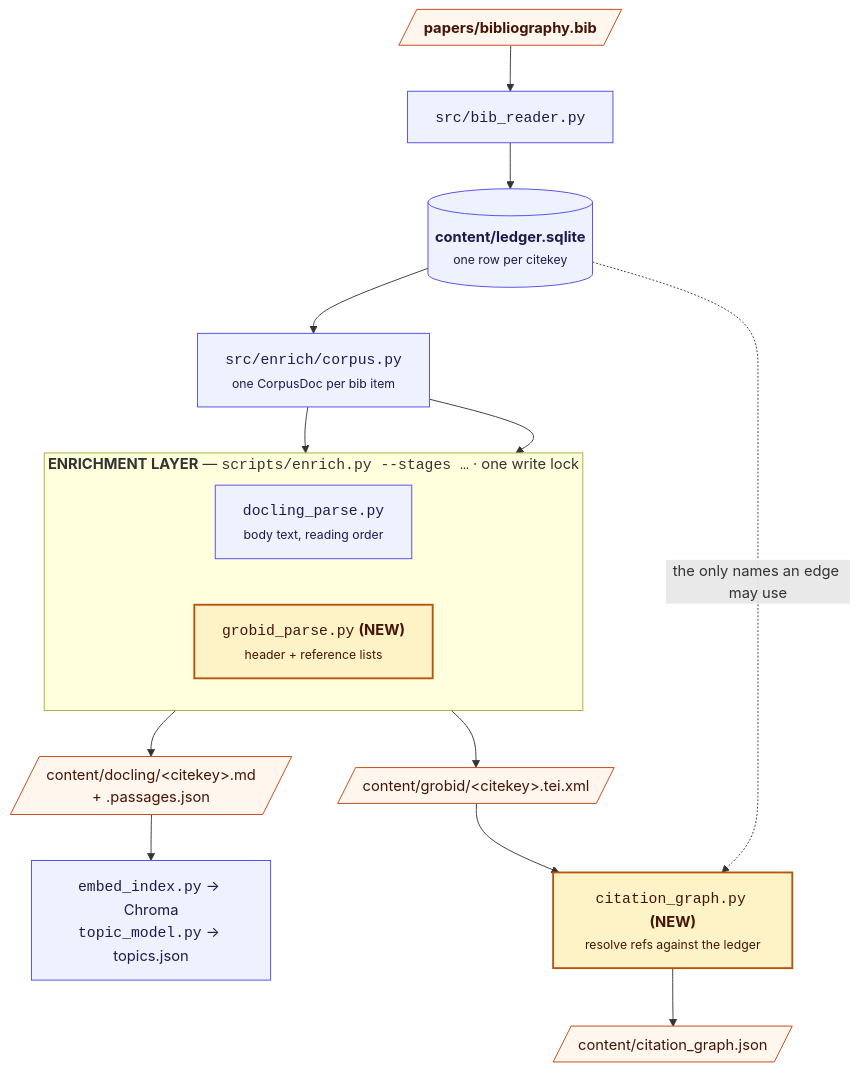
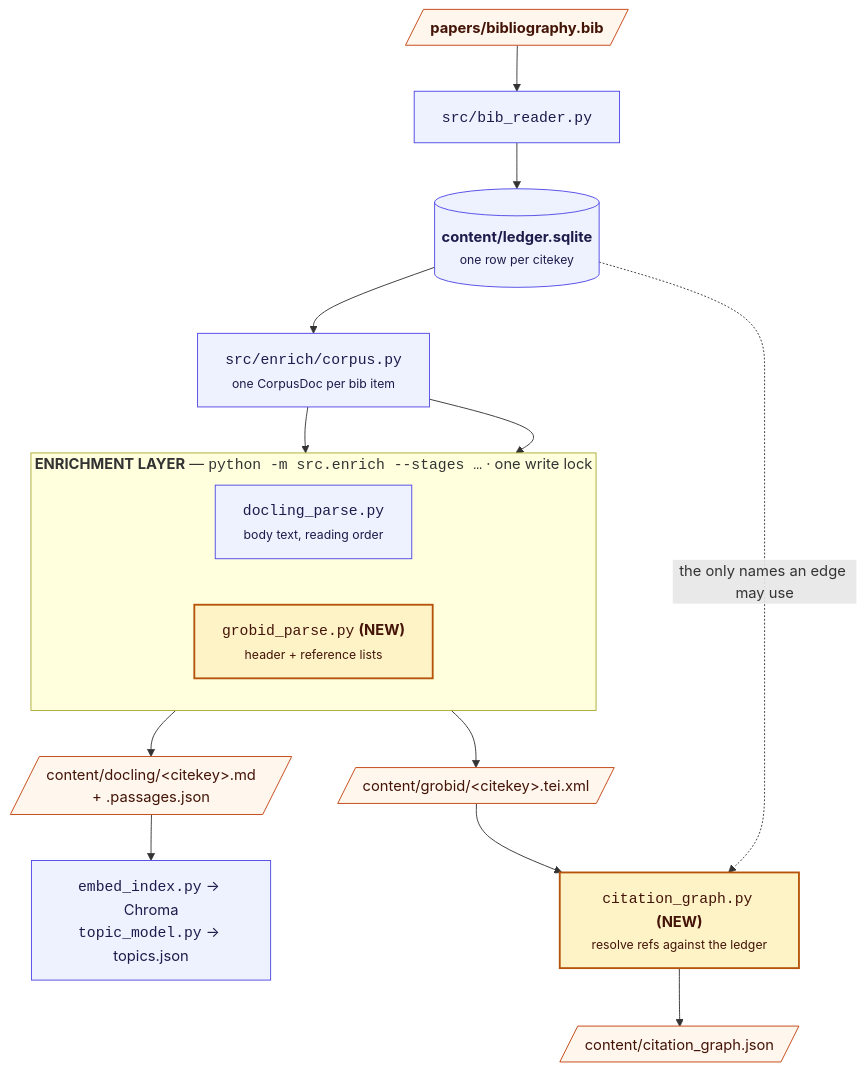
The first of 2 diagrams in docs/GROBID-CITATION-GRAPH.md (prasadtalasila/chitragupta), drawn with Mermaid before and after one commit. The commit also changed other lines of this file and 88 other files, not shown here.

First line of the commit message:
Give every layer one entry point, one level deep (#123, #141) (#145)

````diff
--- a/docs/GROBID-CITATION-GRAPH.md
+++ b/docs/GROBID-CITATION-GRAPH.md
@@ -115,38 +115,38 @@
 ```mermaid
 flowchart TB
 
   BIB[/"<b>papers/bibliography.bib</b>"/]
   READER["<code>src/bib_reader.py</code>"]
   LEDGER[("<b>content/ledger.sqlite</b><br/><small>one row per citekey</small>")]
   CORPUS["<code>src/enrich/corpus.py</code><br/><small>one CorpusDoc per bib item</small>"]
 
   BIB --> READER --> LEDGER --> CORPUS
 
-  subgraph EX["<b>ENRICHMENT LAYER</b> — <code>scripts/enrich.py --stages …</code> · one write lock"]
+  subgraph EX["<b>ENRICHMENT LAYER</b> — <code>python -m src.enrich --stages …</code> · one write lock"]
     direction LR
     DOC["<code>docling_parse.py</code><br/><small>body text, reading order</small>"]
     GRO["<code>grobid_parse.py</code> <b>(NEW)</b><br/><small>header + reference lists</small>"]
   end
 
   CORPUS --> DOC
   CORPUS --> GRO
 
   MD[/"content/docling/&lt;citekey&gt;.md<br/>+ .passages.json"/]
   TEI[/"content/grobid/&lt;citekey&gt;.tei.xml"/]
   DOC --> MD
   GRO --> TEI
 
   EMB["<code>embed_index.py</code> → Chroma<br/><code>topic_model.py</code> → topics.json"]
   CG["<code>citation_graph.py</code> <b>(NEW)</b><br/><small>resolve refs against the ledger</small>"]
   MD --> EMB
   TEI --> CG
   LEDGER -. "the only names an edge may use" .-> CG
   CG --> GRAPH[/"content/citation_graph.json"/]
 
   classDef new fill:#fef3c7,stroke:#b45309,stroke-width:2px,color:#431407
   classDef store fill:#fff7ed,stroke:#c2410c,color:#431407
   classDef det fill:#eef2ff,stroke:#4f46e5,color:#1e1b4b
   class GRO,CG new
   class MD,TEI,GRAPH,BIB store
   class LEDGER,READER,CORPUS,DOC,EMB det
 ```
````
